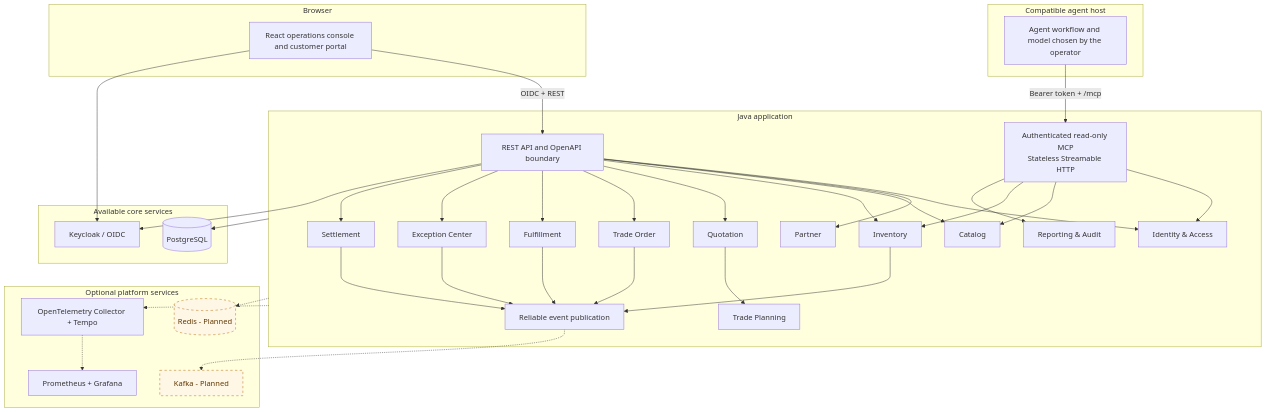
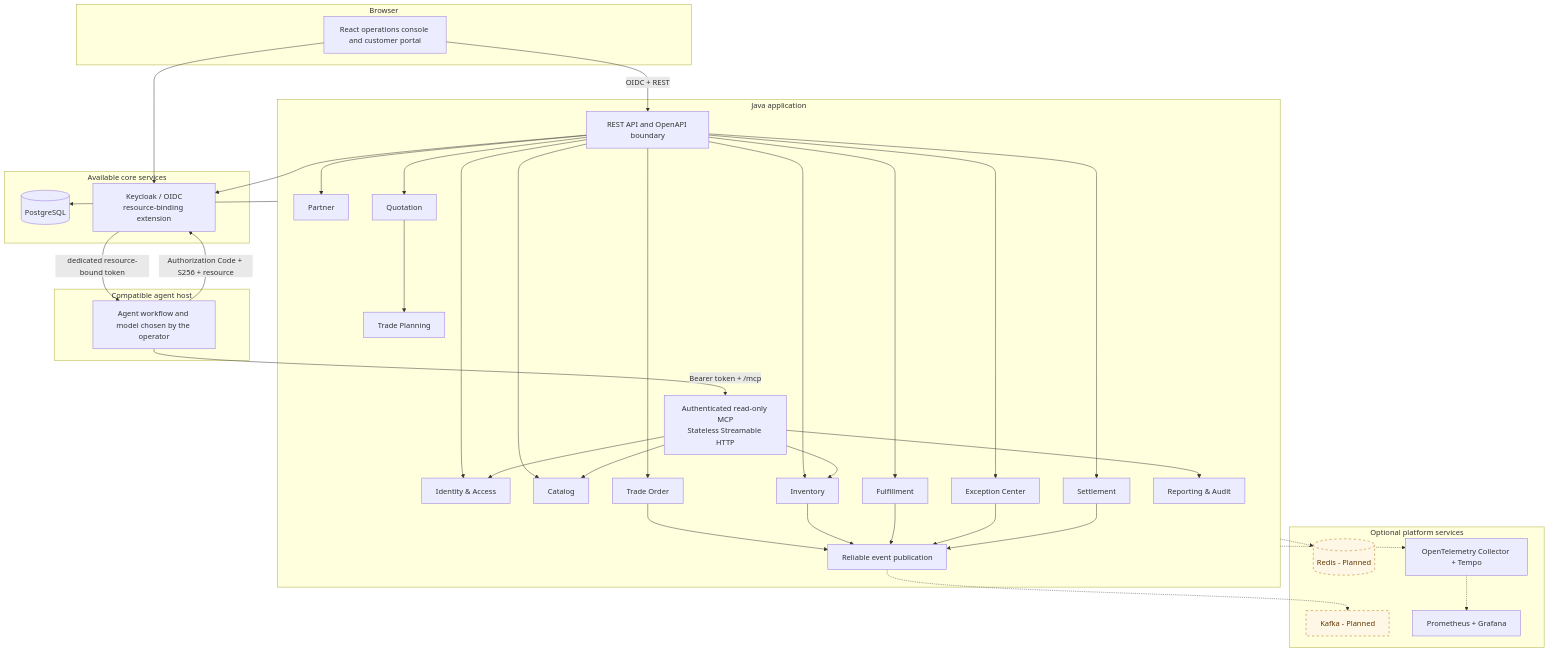
Before and after one commit to RomanticHW/cellarbridge-platform: the second of 4 diagrams in README.md, drawn with Mermaid. The commit also changed other lines of this file and 55 other files, not shown here.

````diff
--- a/README.md
+++ b/README.md
@@ -107,71 +107,73 @@
 ```mermaid
 flowchart TB
     subgraph Browser[Browser]
         UI[React operations console and customer portal]
     end
 
     subgraph AgentRuntime[Compatible agent host]
         AGENT[Agent workflow and model chosen by the operator]
     end
 
     subgraph App[Java application]
         API[REST API and OpenAPI boundary]
         MCP[Authenticated read-only MCP<br/>Stateless Streamable HTTP]
         IAM[Identity & Access]
         PAR[Partner]
         CAT[Catalog]
         INV[Inventory]
         QUO[Quotation]
         TRD[Trade Planning]
         ORD[Trade Order]
         FUL[Fulfillment]
         EXC[Exception Center]
         SET[Settlement]
         REP[Reporting & Audit]
         EVT[Reliable event publication]
     end
 
     subgraph CorePlatform[Available core services]
         PG[(PostgreSQL)]
-        KC[Keycloak / OIDC]
+        KC[Keycloak / OIDC<br/>resource-binding extension]
     end
 
     subgraph OptionalPlatform[Optional platform services]
         REDIS[(Redis - Planned)]
         KAFKA[Kafka - Planned]
         OTEL[OpenTelemetry Collector + Tempo]
         METRICS[Prometheus + Grafana]
     end
 
     UI -->|OIDC + REST| API
+    AGENT -->|Authorization Code + S256 + resource| KC
+    KC -->|dedicated resource-bound token| AGENT
     AGENT -->|Bearer token + /mcp| MCP
     API --> IAM
     API --> PAR
     API --> CAT
     API --> INV
     API --> QUO
     API --> ORD
     API --> FUL
     API --> EXC
     API --> SET
     MCP --> IAM
     MCP --> CAT
     MCP --> INV
     MCP --> REP
     QUO --> TRD
     ORD --> EVT
     INV --> EVT
     FUL --> EVT
     EXC --> EVT
     SET --> EVT
     EVT -.-> KAFKA
     App --> PG
     App -.-> REDIS
     UI --> KC
     API --> KC
     App -.-> OTEL
     OTEL -.-> METRICS
 
     classDef planned fill:#fff7e6,stroke:#b26a00,color:#5f3700,stroke-dasharray:5 5;
     class REDIS,KAFKA planned;
 ```
````
